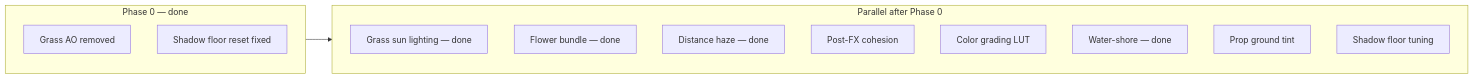
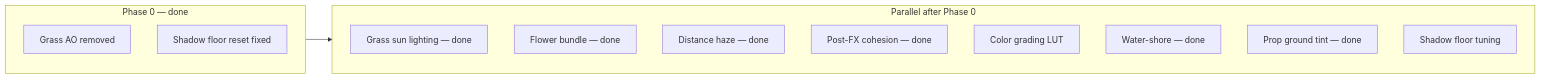
One commit to MogensenJesse/pantheon changed the diagram in .cursor/plans/visual_fidelity_pass_e1bf39e9.plan.md. Above: the diagram before and after it, drawn with Mermaid. The commit also changed other lines of this file and 26 other files, not shown here.

First line of the commit message:
Implement elevation-driven post-FX cohesion system

````diff
--- a/.cursor/plans/visual_fidelity_pass_e1bf39e9.plan.md
+++ b/.cursor/plans/visual_fidelity_pass_e1bf39e9.plan.md
@@ -54,18 +58,18 @@
 ```mermaid
 flowchart LR
   subgraph phase0 [Phase 0 — done]
     GrassAO[Grass AO removed]
     ShadowFix[Shadow floor reset fixed]
   end
   subgraph parallel [Parallel after Phase 0]
     GrassSun[Grass sun lighting — done]
     Flowers[Flower bundle — done]
     Haze[Distance haze — done]
-    PostCohesion[Post-FX cohesion]
+    PostCohesion[Post-FX cohesion — done]
     LUT[Color grading LUT]
     WaterShore[Water-shore — done]
-    PropGround[Prop ground tint]
+    PropGround[Prop ground tint — done]
     ShadowTune[Shadow floor tuning]
   end
   phase0 --> parallel
 ```
````
